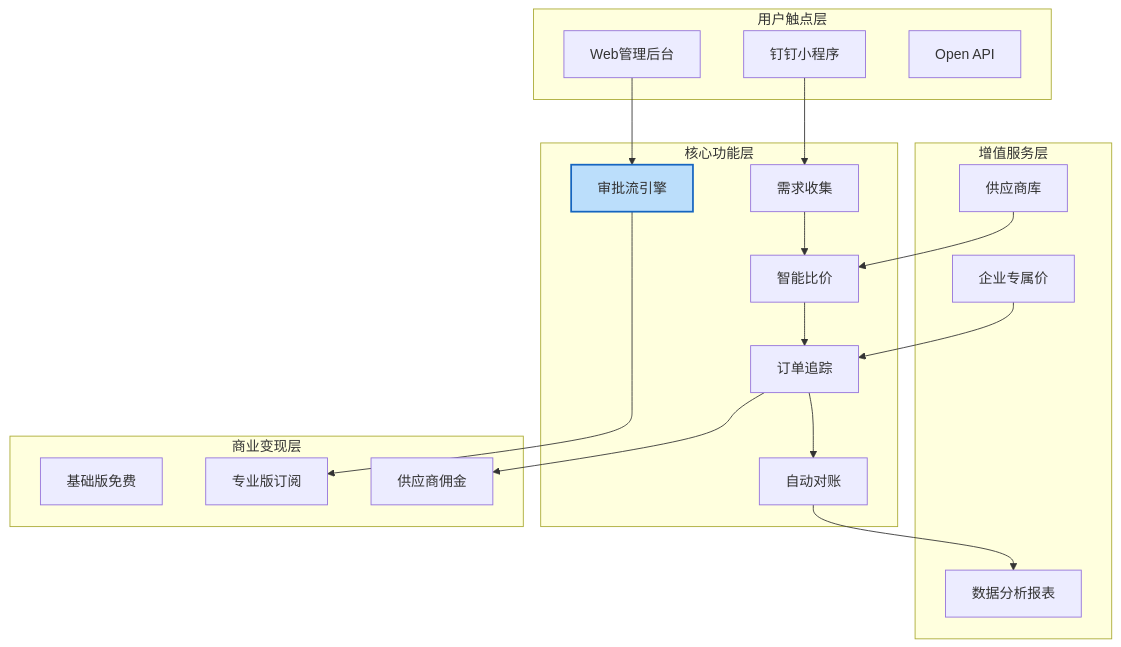
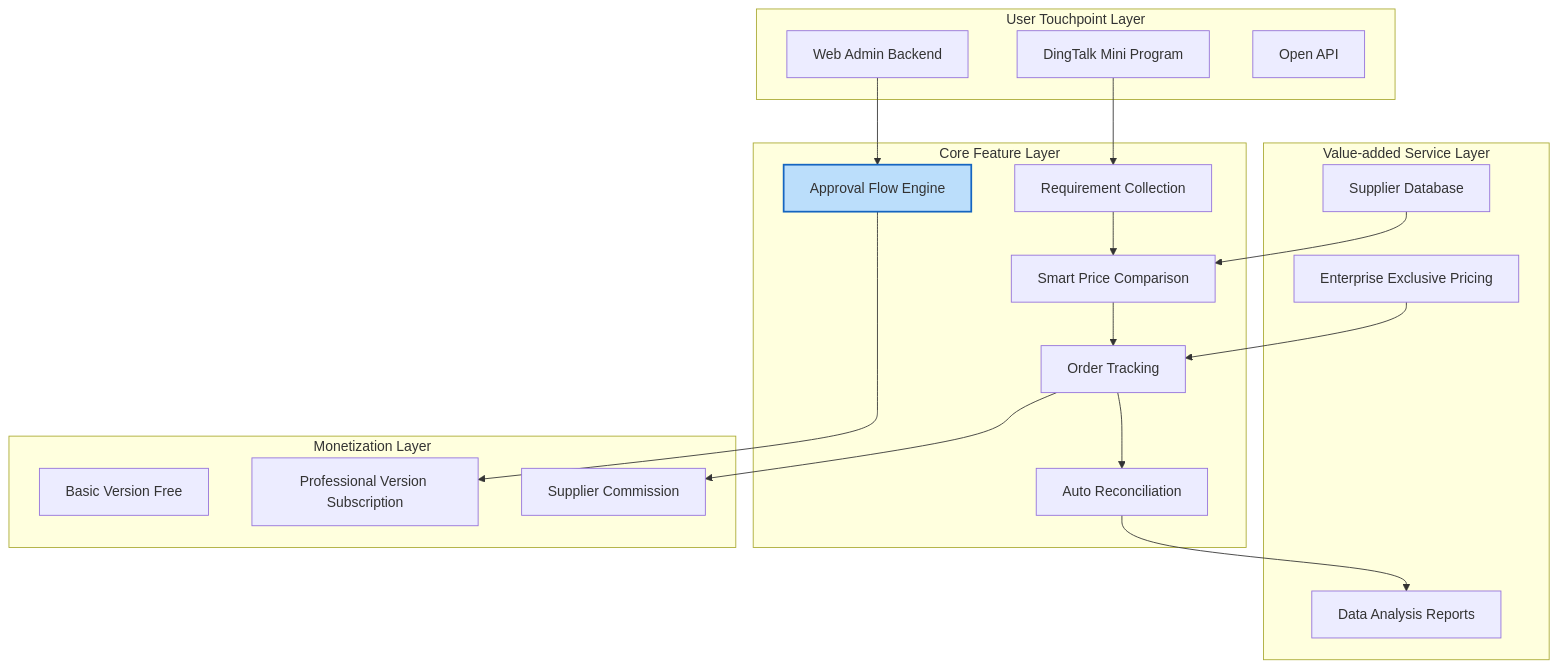
The eighth of 17 diagrams in templates/产品/战略层/【模板】市场需求文档.md (Kirky-X/cangjie), drawn with Mermaid before and after one commit. The commit also changed other lines of this file and 60 other files, not shown here.

````diff
--- a/templates/产品/战略层/【模板】市场需求文档.md
+++ b/templates/产品/战略层/【模板】市场需求文档.md
@@ -405,39 +381,39 @@
 ```mermaid
 graph TB
-    subgraph 用户触点层
-        A1[钉钉小程序]
-        A2[Web管理后台]
+    subgraph User Touchpoint Layer
+        A1[DingTalk Mini Program]
+        A2[Web Admin Backend]
         A3[Open API]
     end
 
-    subgraph 核心功能层
-        B1[需求收集]
-        B2[智能比价]
-        B3[审批流引擎]
-        B4[订单追踪]
-        B5[自动对账]
+    subgraph Core Feature Layer
+        B1[Requirement Collection]
+        B2[Smart Price Comparison]
+        B3[Approval Flow Engine]
+        B4[Order Tracking]
+        B5[Auto Reconciliation]
     end
 
-    subgraph 增值服务层
-        C1[供应商库]
-        C2[企业专属价]
-        C3[数据分析报表]
+    subgraph Value-added Service Layer
+        C1[Supplier Database]
+        C2[Enterprise Exclusive Pricing]
+        C3[Data Analysis Reports]
     end
 
-    subgraph 商业变现层
-        D1[基础版免费]
-        D2[专业版订阅]
-        D3[供应商佣金]
+    subgraph Monetization Layer
+        D1[Basic Version Free]
+        D2[Professional Version Subscription]
+        D3[Supplier Commission]
     end
 
     A1 --> B1
     A2 --> B3
     B1 --> B2 --> B4 --> B5
     B5 --> C3
     C1 --> B2
     C2 --> B4
     B3 --> D2
     B4 --> D3
 
     style B3 fill:#bbdefb,stroke:#1565c0,stroke-width:2px
 ```
````
